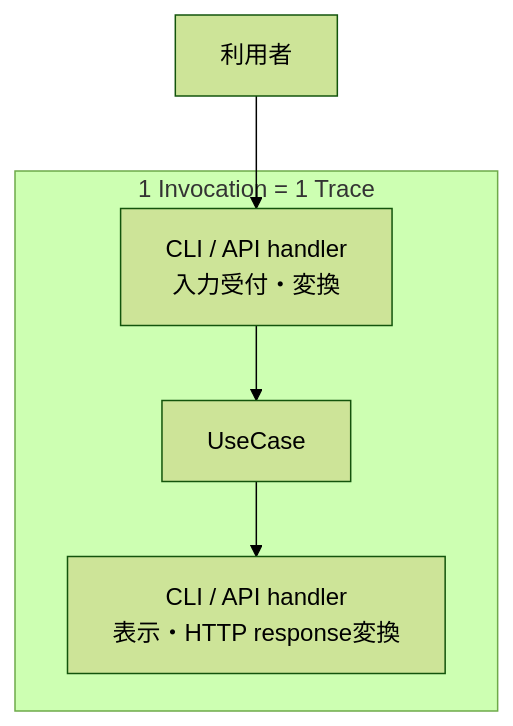
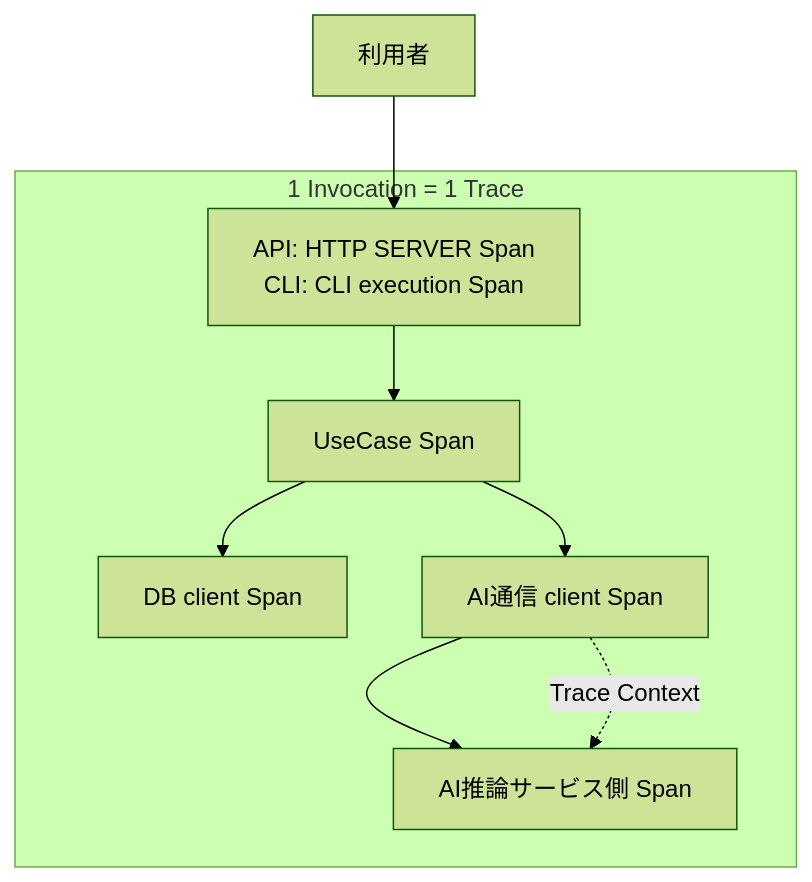
The diagram in Notes/RAGScope/RAGScopeアプリケーション/RS-0023 Trace設計メモ.md (takashit16833/Workbench), drawn with Mermaid (forest theme) before and after one commit. The commit also changed other lines of this file and 3 other files, not shown here.

````diff
--- a/Notes/RAGScope/RAGScopeアプリケーション/RS-0023 Trace設計メモ.md
+++ b/Notes/RAGScope/RAGScopeアプリケーション/RS-0023 Trace設計メモ.md
@@ -24,12 +31,13 @@
 ```mermaid
 flowchart TB
-    USER["利用者"] --> H1["CLI / API handler\n入力受付・変換"]
-    H1 --> UC["UseCase"]
-    UC --> H2["CLI / API handler\n表示・HTTP response変換"]
+    USER["利用者"] --> ENTRY["API: HTTP SERVER Span\nCLI: CLI execution Span"]
 
-    subgraph INV["1 Invocation = 1 Trace"]
-        H1
-        UC
-        H2
+    subgraph TRACE["1 Invocation = 1 Trace"]
+        ENTRY --> UC["UseCase Span"]
+        UC --> DB["DB client Span"]
+        UC --> AI_REQ["AI通信 client Span"]
+        AI_REQ --> AI_SVC["AI推論サービス側 Span"]
     end
+
+    AI_REQ -. "Trace Context" .-> AI_SVC
 ```
````
